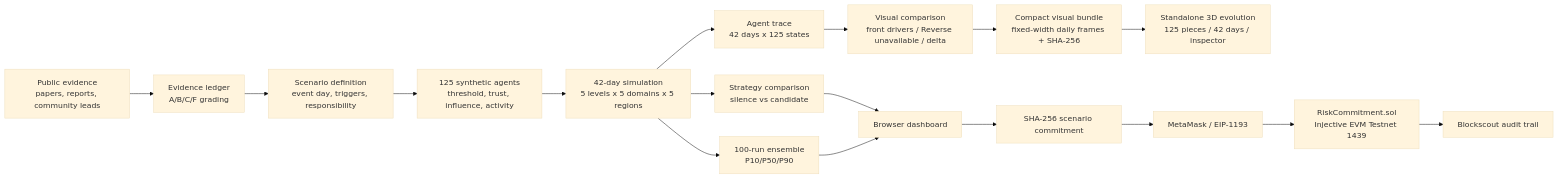
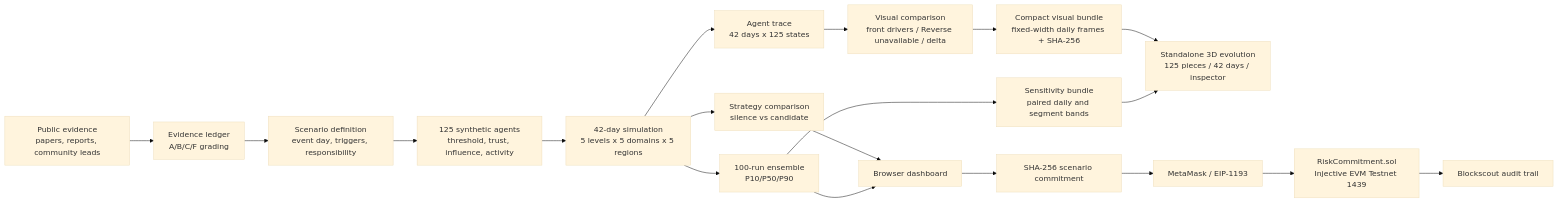
The diagram in docs/architecture.md (BH2-4/zzz-release-risk-lab), drawn with Mermaid (base theme) before and after one commit. The commit also changed other lines of this file and 22 other files, not shown here.

````diff
--- a/docs/architecture.md
+++ b/docs/architecture.md
@@ -3,19 +3,21 @@
 ```mermaid
 flowchart LR
     A["Public evidence<br/>papers, reports, community leads"] --> B["Evidence ledger<br/>A/B/C/F grading"]
     B --> C["Scenario definition<br/>event day, triggers, responsibility"]
     C --> D["125 synthetic agents<br/>threshold, trust, influence, activity"]
     D --> E["42-day simulation<br/>5 levels x 5 domains x 5 regions"]
     E --> F["Strategy comparison<br/>silence vs candidate"]
     E --> G["100-run ensemble<br/>P10/P50/P90"]
     E --> M["Agent trace<br/>42 days x 125 states"]
     M --> N["Visual comparison<br/>front drivers / Reverse unavailable / delta"]
     N --> O["Compact visual bundle<br/>fixed-width daily frames + SHA-256"]
+    G --> Q["Sensitivity bundle<br/>paired daily and segment bands"]
     F --> H["Browser dashboard"]
     G --> H
     O --> P["Standalone 3D evolution<br/>125 pieces / 42 days / inspector"]
+    Q --> P
     H --> I["SHA-256 scenario commitment"]
     I --> J["MetaMask / EIP-1193"]
     J --> K["RiskCommitment.sol<br/>Injective EVM Testnet 1439"]
     K --> L["Blockscout audit trail"]
 ```
````
